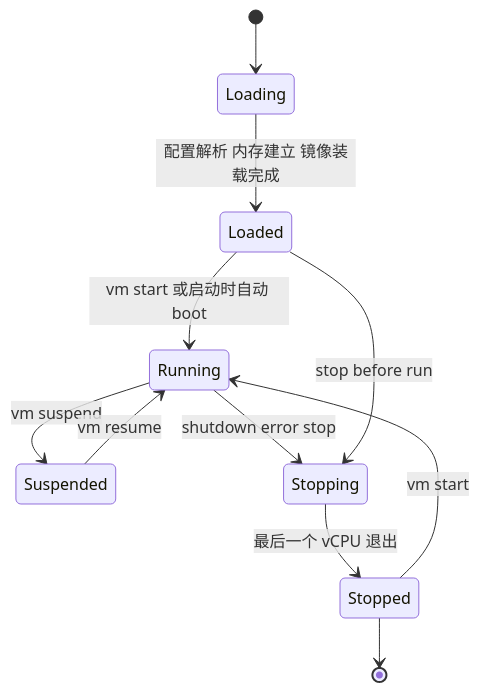
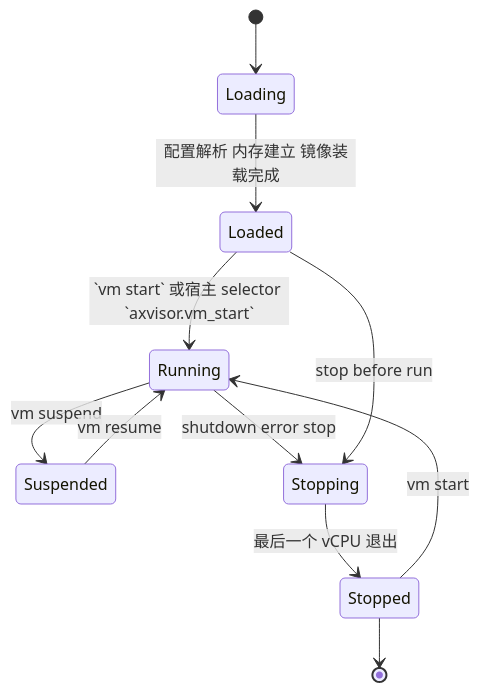
The fifth of 5 diagrams in docs/docs/architecture/axvisor/overview.md (rcore-os/tgoskits), drawn with Mermaid before and after one commit. The commit also changed other lines of this file and 99 other files, not shown here.

````diff
--- a/docs/docs/architecture/axvisor/overview.md
+++ b/docs/docs/architecture/axvisor/overview.md
@@ -278,13 +292,13 @@
 ```mermaid
 stateDiagram-v2
     [*] --> Loading
     Loading --> Loaded: 配置解析 内存建立 镜像装载完成
-    Loaded --> Running: vm start 或启动时自动 boot
+    Loaded --> Running: `vm start` 或宿主 selector `axvisor.vm_start`
     Running --> Suspended: vm suspend
     Suspended --> Running: vm resume
     Running --> Stopping: shutdown error stop
     Loaded --> Stopping: stop before run
     Stopping --> Stopped: 最后一个 vCPU 退出
     Stopped --> Running: vm start
     Stopped --> [*]
 ```
````
